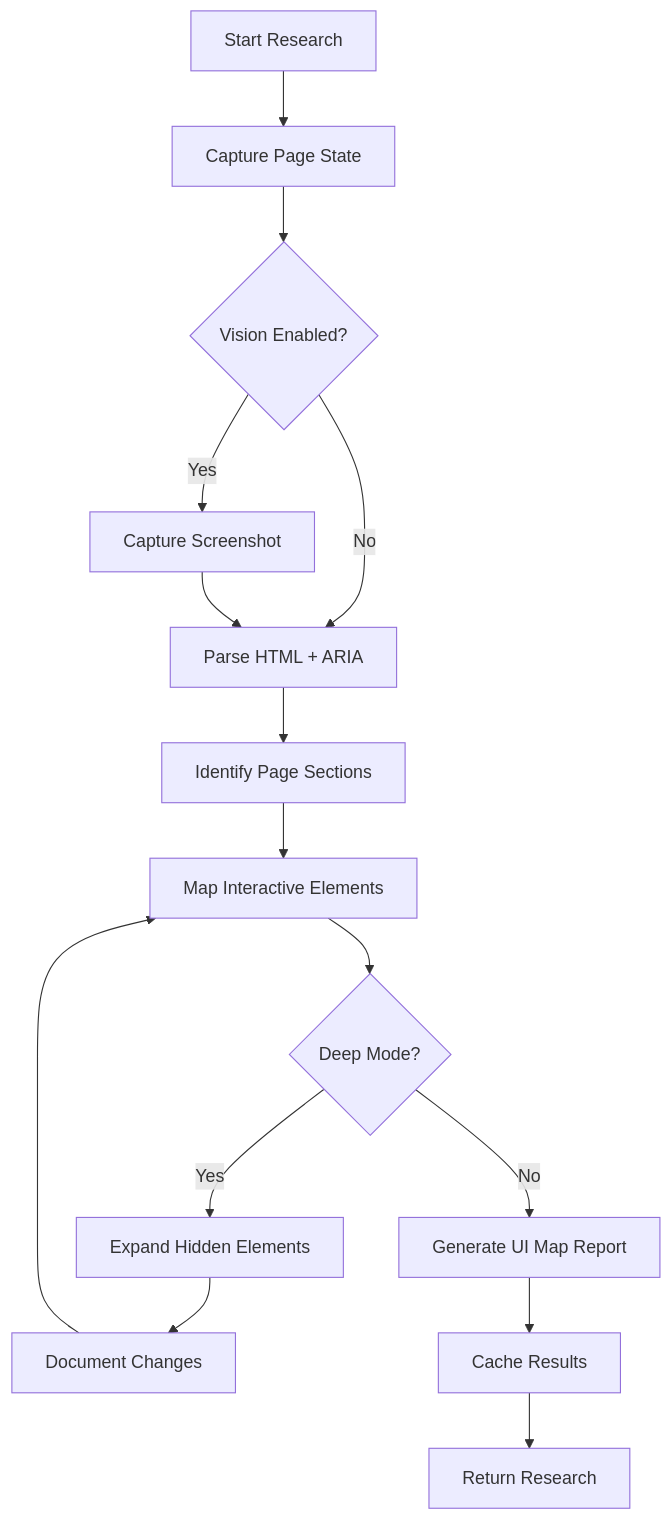
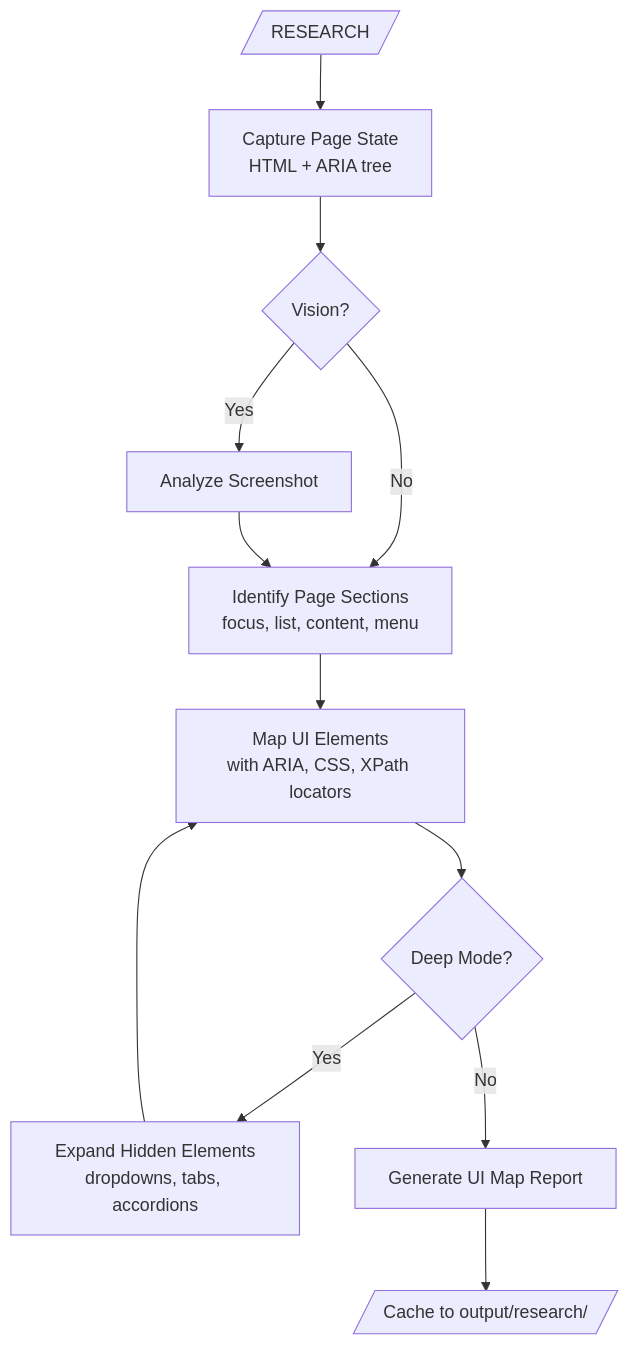
One commit to testomatio/explorbot changed the first of 2 diagrams in docs/researcher.md. Above: the diagram before and after it, drawn with Mermaid. The commit also changed other lines of this file, not shown here.

Commit message:
iproved writing

````diff
--- a/docs/researcher.md
+++ b/docs/researcher.md
@@ -74,17 +72,14 @@
 ```mermaid
 flowchart TD
-    A[Start Research] --> B[Capture Page State]
-    B --> C{Vision Enabled?}
-    C -->|Yes| D[Capture Screenshot]
-    C -->|No| E[Parse HTML + ARIA]
-    D --> E
-    E --> F[Identify Page Sections]
-    F --> G[Map Interactive Elements]
-    G --> H{Deep Mode?}
-    H -->|Yes| I[Expand Hidden Elements]
-    I --> J[Document Changes]
-    J --> G
-    H -->|No| K[Generate UI Map Report]
-    K --> L[Cache Results]
-    L --> M[Return Research]
+    A[/"RESEARCH"/] --> B[Capture Page State<br/>HTML + ARIA tree]
+    B --> C{Vision?}
+    C -->|Yes| D[Analyze Screenshot]
+    C -->|No| E
+    D --> E[Identify Page Sections<br/>focus, list, content, menu]
+    E --> F[Map UI Elements<br/>with ARIA, CSS, XPath locators]
+    F --> G{Deep Mode?}
+    G -->|Yes| H[Expand Hidden Elements<br/>dropdowns, tabs, accordions]
+    H --> F
+    G -->|No| I[Generate UI Map Report]
+    I --> J[/"Cache to output/research/"/]
 ```
````
